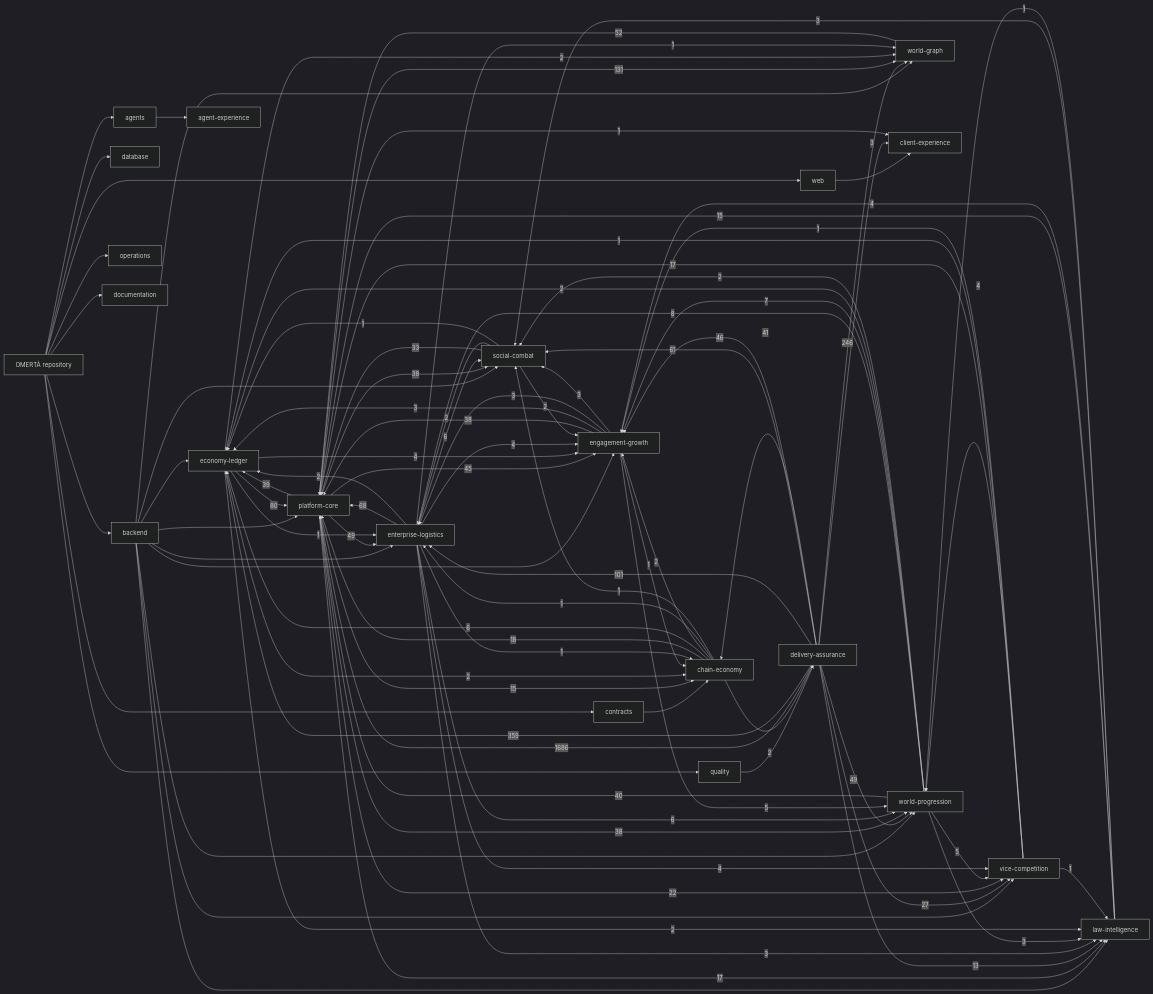
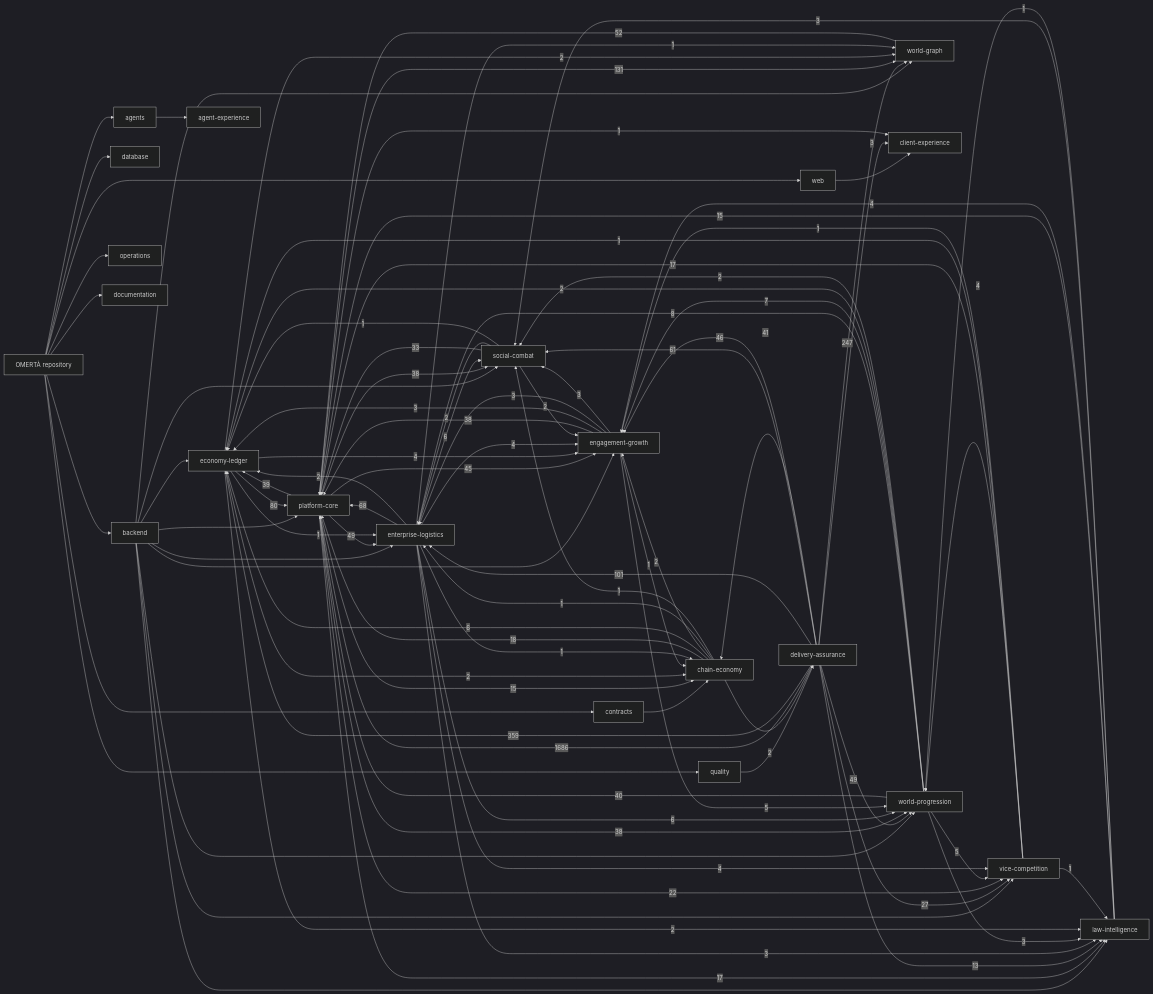
Before and after one commit to OmertaDev/Omerta: the diagram in knowledge/generated/graph.mmd, drawn with Mermaid (dark theme). The commit also changed 5 other files, not shown here.

```diff
--- a/knowledge/generated/graph.mmd
+++ b/knowledge/generated/graph.mmd
@@ -1,113 +1,113 @@
 flowchart LR
   repo["OMERTÀ repository"]
   sub_backend["backend"]
   repo --> sub_backend
   sub_database["database"]
   repo --> sub_database
   sub_web["web"]
   repo --> sub_web
   sub_contracts["contracts"]
   repo --> sub_contracts
   sub_agents["agents"]
   repo --> sub_agents
   sub_quality["quality"]
   repo --> sub_quality
   sub_operations["operations"]
   repo --> sub_operations
   sub_documentation["documentation"]
   repo --> sub_documentation
   dom_platform-core["platform-core"]
   dom_economy-ledger["economy-ledger"]
   dom_social-combat["social-combat"]
   dom_world-progression["world-progression"]
   dom_world-graph["world-graph"]
   dom_enterprise-logistics["enterprise-logistics"]
   dom_vice-competition["vice-competition"]
   dom_law-intelligence["law-intelligence"]
   dom_chain-economy["chain-economy"]
   dom_engagement-growth["engagement-growth"]
   dom_client-experience["client-experience"]
   dom_agent-experience["agent-experience"]
   dom_delivery-assurance["delivery-assurance"]
   sub_agents --> dom_agent-experience
   sub_backend --> dom_economy-ledger
   sub_backend --> dom_engagement-growth
   sub_backend --> dom_enterprise-logistics
   sub_backend --> dom_law-intelligence
   sub_backend --> dom_platform-core
   sub_backend --> dom_social-combat
   sub_backend --> dom_vice-competition
   sub_backend --> dom_world-graph
   sub_backend --> dom_world-progression
   sub_contracts --> dom_chain-economy
   sub_quality --> dom_delivery-assurance
   sub_web --> dom_client-experience
   dom_delivery-assurance -->|1686| dom_platform-core
   dom_delivery-assurance -->|359| dom_economy-ledger
-  dom_delivery-assurance -->|246| dom_world-graph
+  dom_delivery-assurance -->|247| dom_world-graph
   dom_platform-core -->|131| dom_world-graph
   dom_delivery-assurance -->|101| dom_enterprise-logistics
   dom_economy-ledger -->|80| dom_platform-core
   dom_enterprise-logistics -->|68| dom_platform-core
   dom_delivery-assurance -->|61| dom_social-combat
   dom_world-graph -->|52| dom_platform-core
   dom_delivery-assurance -->|49| dom_world-progression
   dom_platform-core -->|49| dom_enterprise-logistics
   dom_delivery-assurance -->|46| dom_engagement-growth
   dom_platform-core -->|45| dom_engagement-growth
   dom_delivery-assurance -->|41| dom_chain-economy
   dom_world-progression -->|40| dom_platform-core
   dom_platform-core -->|39| dom_economy-ledger
   dom_engagement-growth -->|38| dom_platform-core
   dom_platform-core -->|38| dom_social-combat
   dom_platform-core -->|38| dom_world-progression
   dom_social-combat -->|33| dom_platform-core
   dom_delivery-assurance -->|27| dom_vice-competition
   dom_platform-core -->|22| dom_vice-competition
   dom_chain-economy -->|18| dom_platform-core
   dom_platform-core -->|17| dom_law-intelligence
   dom_vice-competition -->|17| dom_platform-core
   dom_law-intelligence -->|15| dom_platform-core
   dom_platform-core -->|15| dom_chain-economy
   dom_delivery-assurance -->|13| dom_law-intelligence
   dom_world-progression -->|8| dom_enterprise-logistics
   dom_world-progression -->|7| dom_engagement-growth
   dom_chain-economy -->|6| dom_economy-ledger
   dom_enterprise-logistics -->|6| dom_social-combat
   dom_enterprise-logistics -->|6| dom_world-progression
   dom_engagement-growth -->|5| dom_world-progression
   dom_world-progression -->|5| dom_vice-competition
   dom_economy-ledger -->|4| dom_engagement-growth
   dom_enterprise-logistics -->|4| dom_engagement-growth
   dom_enterprise-logistics -->|4| dom_vice-competition
   dom_law-intelligence -->|4| dom_engagement-growth
   dom_vice-competition -->|4| dom_world-progression
   dom_delivery-assurance -->|3| dom_client-experience
   dom_engagement-growth -->|3| dom_economy-ledger
   dom_engagement-growth -->|3| dom_enterprise-logistics
   dom_engagement-growth -->|3| dom_social-combat
   dom_enterprise-logistics -->|3| dom_law-intelligence
   dom_law-intelligence -->|3| dom_social-combat
   dom_world-progression -->|3| dom_law-intelligence
   dom_chain-economy -->|2| dom_delivery-assurance
   dom_chain-economy -->|2| dom_engagement-growth
   dom_economy-ledger -->|2| dom_chain-economy
   dom_economy-ledger -->|2| dom_law-intelligence
   dom_economy-ledger -->|2| dom_world-graph
   dom_enterprise-logistics -->|2| dom_economy-ledger
   dom_social-combat -->|2| dom_engagement-growth
   dom_social-combat -->|2| dom_enterprise-logistics
   dom_world-progression -->|2| dom_economy-ledger
   dom_world-progression -->|2| dom_social-combat
   dom_chain-economy -->|1| dom_enterprise-logistics
   dom_chain-economy -->|1| dom_social-combat
   dom_economy-ledger -->|1| dom_enterprise-logistics
   dom_engagement-growth -->|1| dom_chain-economy
   dom_enterprise-logistics -->|1| dom_chain-economy
   dom_enterprise-logistics -->|1| dom_world-graph
   dom_law-intelligence -->|1| dom_world-progression
   dom_platform-core -->|1| dom_client-experience
   dom_social-combat -->|1| dom_economy-ledger
   dom_vice-competition -->|1| dom_economy-ledger
   dom_vice-competition -->|1| dom_engagement-growth
   dom_vice-competition -->|1| dom_law-intelligence
```
